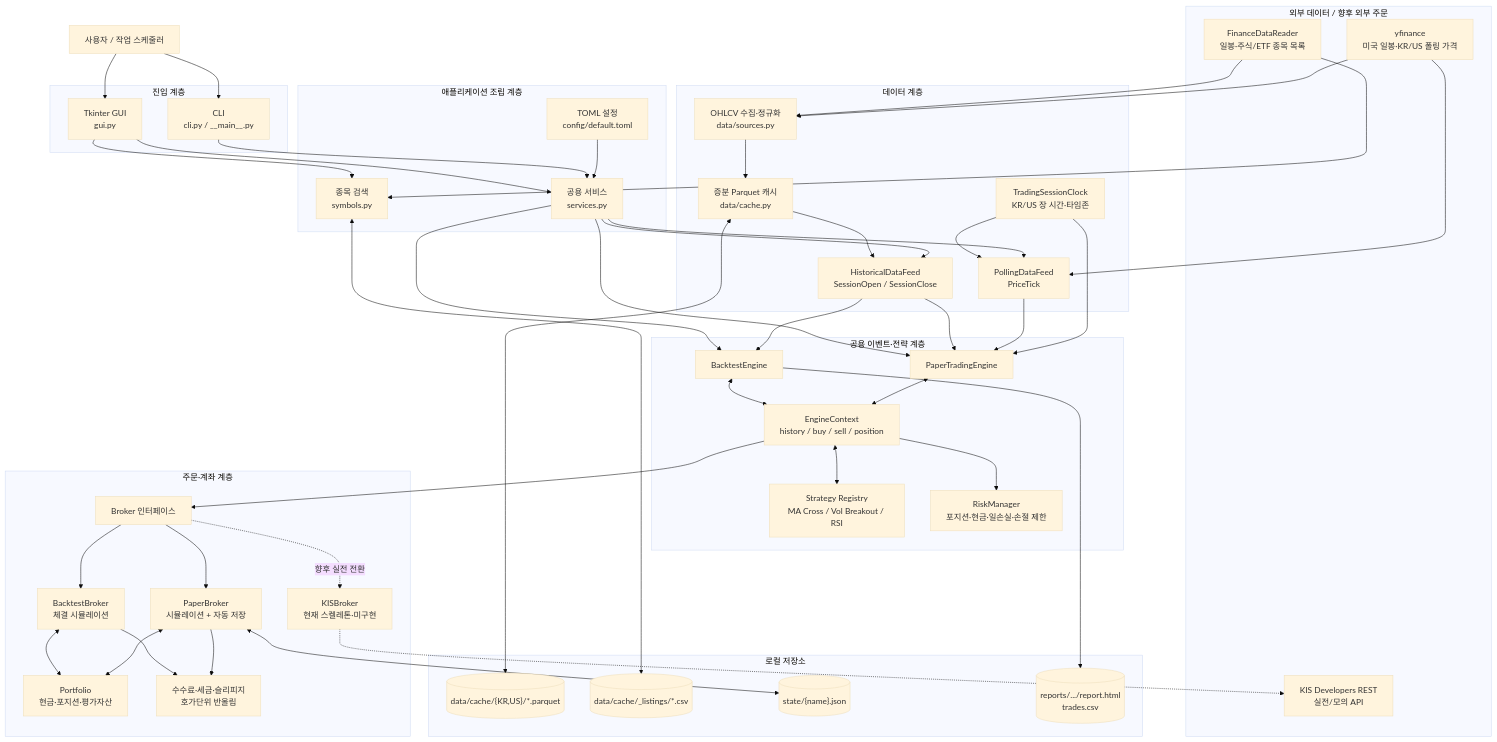
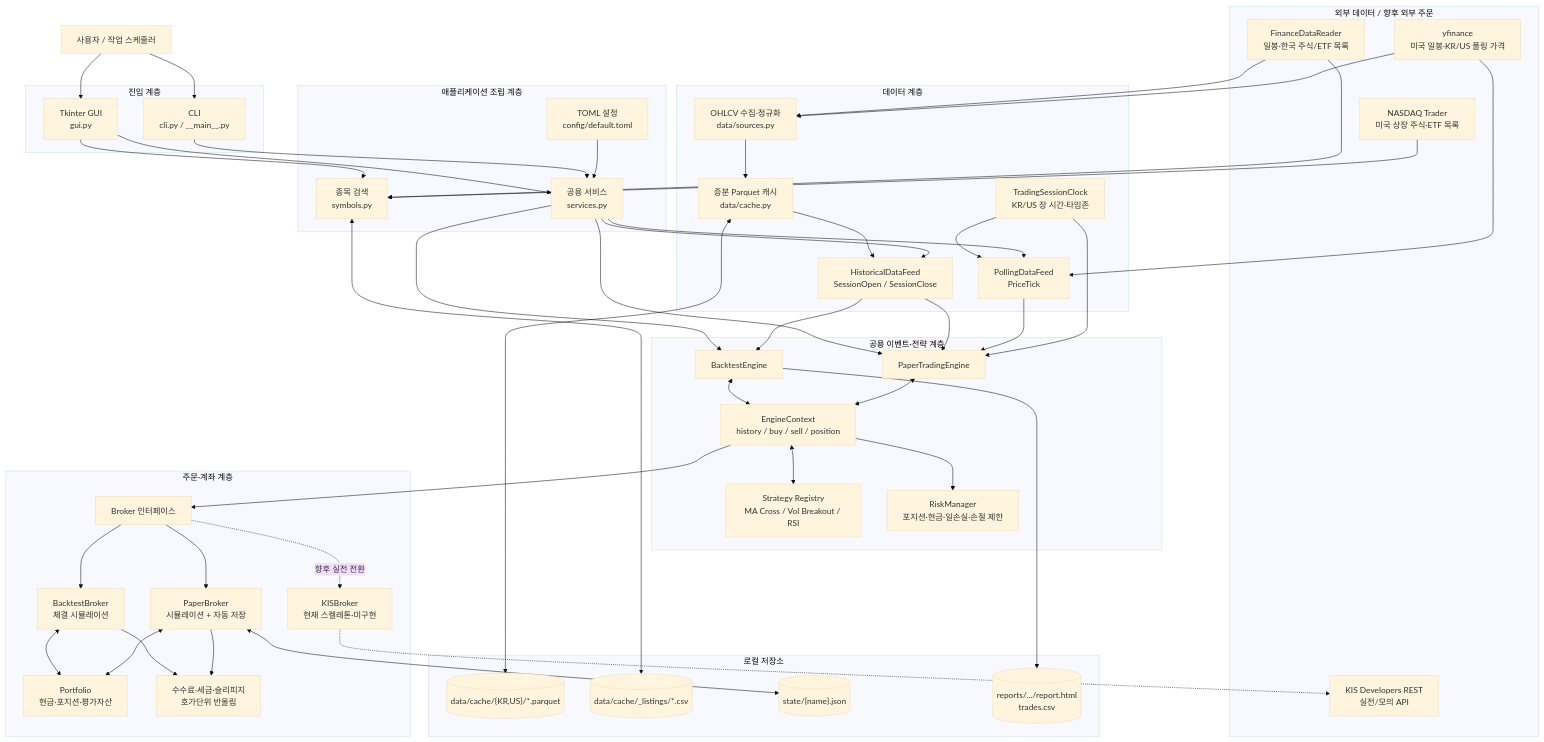
One commit to kjw413/trading-bot changed the first of 5 diagrams in docs/architecture.md. Above: the diagram before and after it, drawn with Mermaid (base theme). The commit also changed other lines of this file and 5 other files, not shown here.

```diff
--- a/docs/architecture.md
+++ b/docs/architecture.md
@@ -22,8 +22,9 @@
     end
 
     subgraph EXTERNAL["외부 데이터 / 향후 외부 주문"]
-        FDR["FinanceDataReader<br/>일봉·주식/ETF 종목 목록"]
+        FDR["FinanceDataReader<br/>일봉·한국 주식/ETF 목록"]
         YF["yfinance<br/>미국 일봉·KR/US 폴링 가격"]
+        Nasdaq["NASDAQ Trader<br/>미국 상장 주식·ETF 목록"]
         KISAPI["KIS Developers REST<br/>실전/모의 API"]
     end
 
@@ -71,6 +72,7 @@
     Sources --> Cache
     Cache <--> Parquet
     FDR --> Symbols
+    Nasdaq --> Symbols
     Symbols <--> Listings
 
     Cache --> History
```
